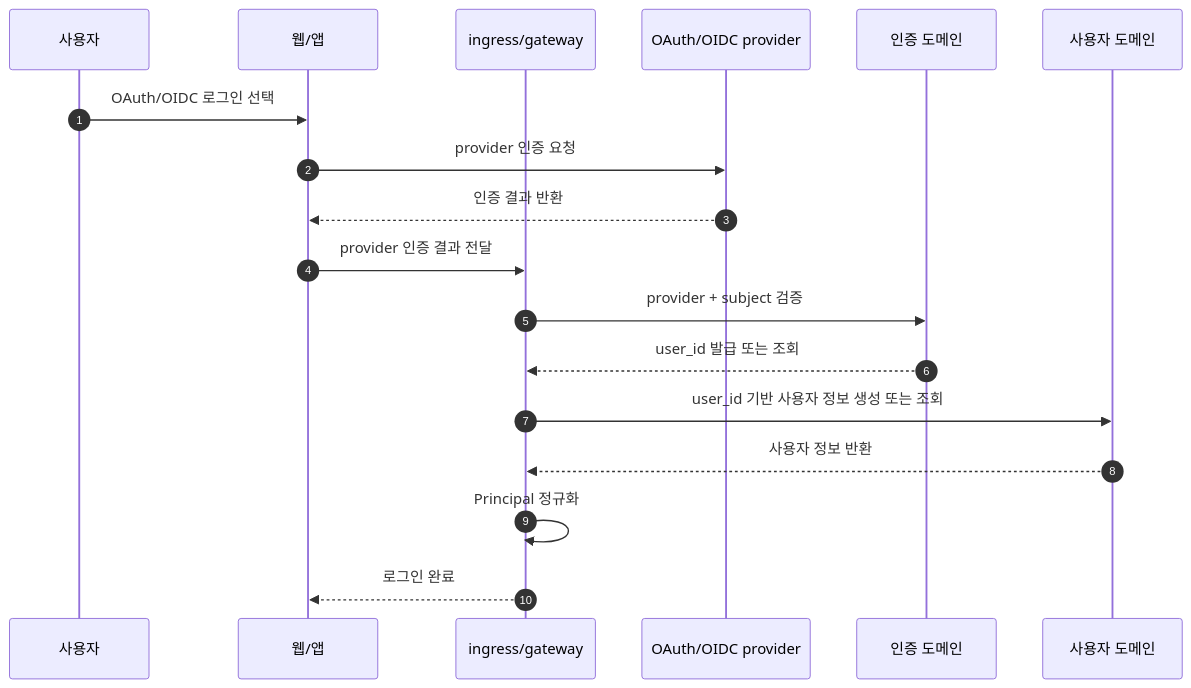
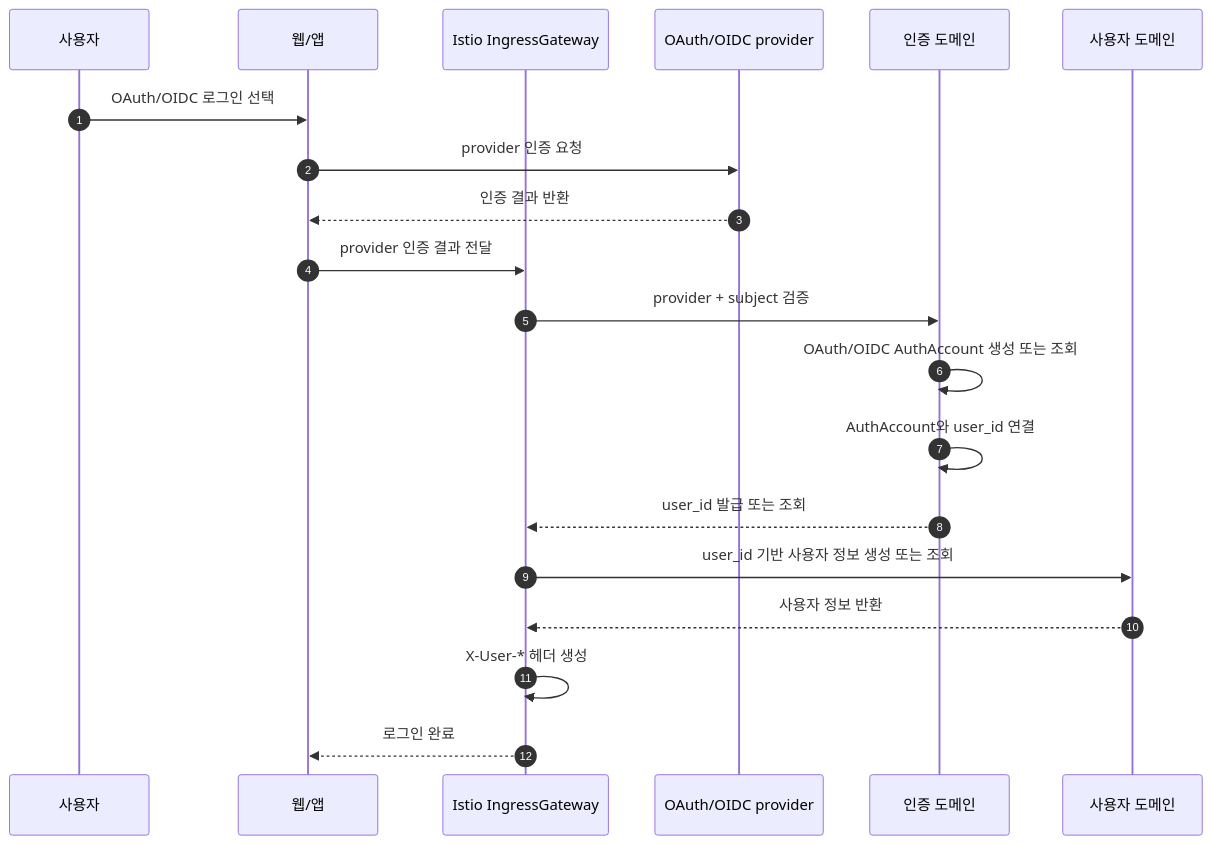
One commit to Medikong/archive changed the fourth of 15 diagrams in features/auth-user/01-scenarios.md. Above: the diagram before and after it, drawn with Mermaid. The commit also changed other lines of this file and 5 other files, not shown here.

Commit message:
docs(auth-user): revise auth user service design

````diff
--- a/features/auth-user/01-scenarios.md
+++ b/features/auth-user/01-scenarios.md
@@ -342,21 +421,23 @@
 ```mermaid
 sequenceDiagram
     autonumber
     participant U as 사용자
     participant FE as 웹/앱
-    participant GW as ingress/gateway
+    participant GW as Istio IngressGateway
     participant OP as OAuth/OIDC provider
     participant AUTH as 인증 도메인
     participant USER as 사용자 도메인
 
     U->>FE: OAuth/OIDC 로그인 선택
     FE->>OP: provider 인증 요청
     OP-->>FE: 인증 결과 반환
     FE->>GW: provider 인증 결과 전달
     GW->>AUTH: provider + subject 검증
+    AUTH->>AUTH: OAuth/OIDC AuthAccount 생성 또는 조회
+    AUTH->>AUTH: AuthAccount와 user_id 연결
     AUTH-->>GW: user_id 발급 또는 조회
     GW->>USER: user_id 기반 사용자 정보 생성 또는 조회
     USER-->>GW: 사용자 정보 반환
-    GW->>GW: Principal 정규화
+    GW->>GW: X-User-* 헤더 생성
     GW-->>FE: 로그인 완료
 ```
````
